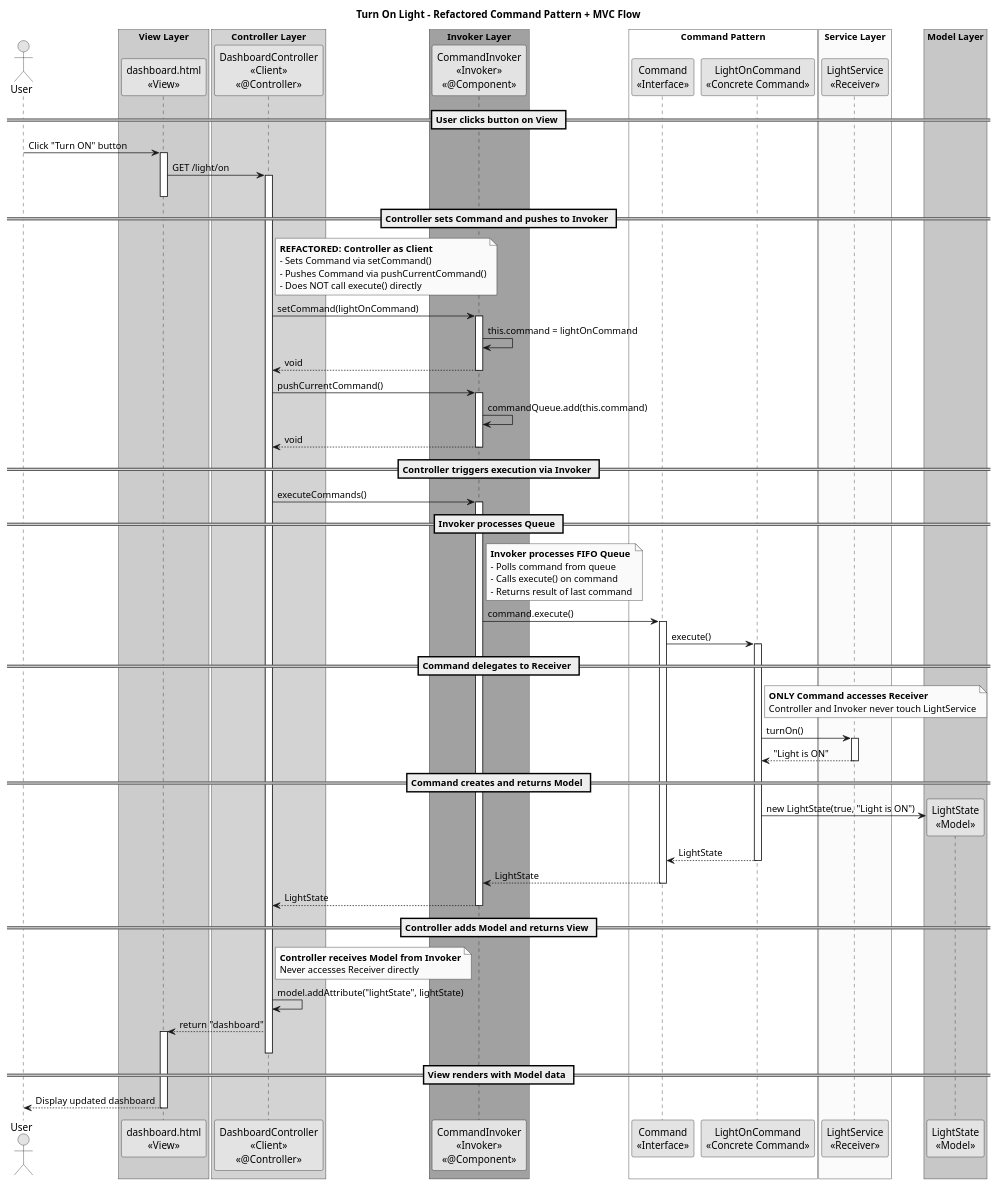
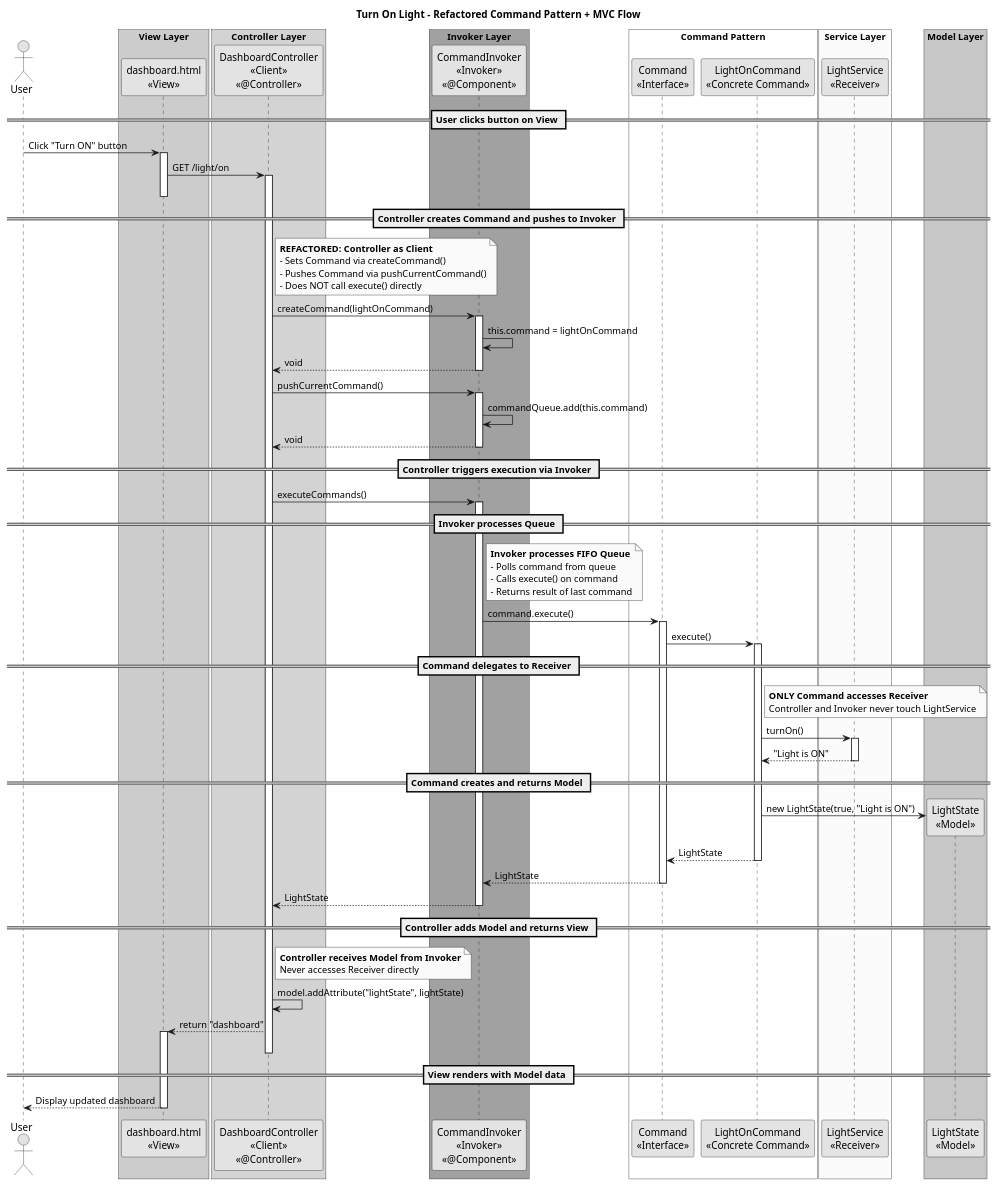
Before and after one commit to Mostafa-abozead/commandpattern-MVC-: the second of 2 diagrams in docs/COMMAND_PATTERN.md, drawn with PlantUML. The commit also changed other lines of this file and 4 other files, not shown here.

Commit message:
Rename setCommand to createCommand per UML sequence diagram

```diff
--- a/docs/COMMAND_PATTERN.md
+++ b/docs/COMMAND_PATTERN.md
@@ -281,15 +281,15 @@
 activate controller
 deactivate view
 
-== Controller sets Command and pushes to Invoker ==
+== Controller creates Command and pushes to Invoker ==
 note right of controller
   **REFACTORED: Controller as Client**
-  - Sets Command via setCommand()
+  - Sets Command via createCommand()
   - Pushes Command via pushCurrentCommand()
   - Does NOT call execute() directly
 end note
 
-controller -> invoker : setCommand(lightOnCommand)
+controller -> invoker : createCommand(lightOnCommand)
 activate invoker
 invoker -> invoker : this.command = lightOnCommand
 invoker --> controller : void
```
